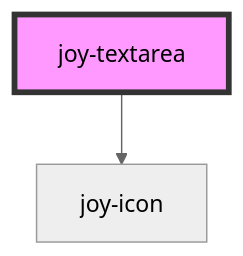
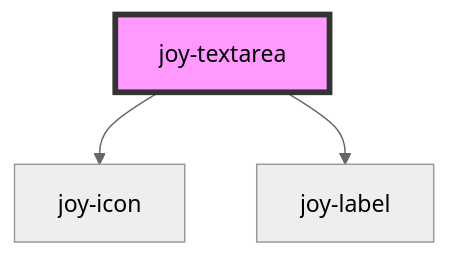
The diagram in core/src/components/textarea/readme.md (Maltcommunity/joy), drawn with Mermaid (neutral theme) before and after one commit. The commit also changed other lines of this file and 135 other files, not shown here.

````diff
--- a/core/src/components/textarea/readme.md
+++ b/core/src/components/textarea/readme.md
@@ -111,5 +123,6 @@
 ```mermaid
 graph TD;
   joy-textarea --> joy-icon
+  joy-textarea --> joy-label
   style joy-textarea fill:#f9f,stroke:#333,stroke-width:4px
 ```
````
